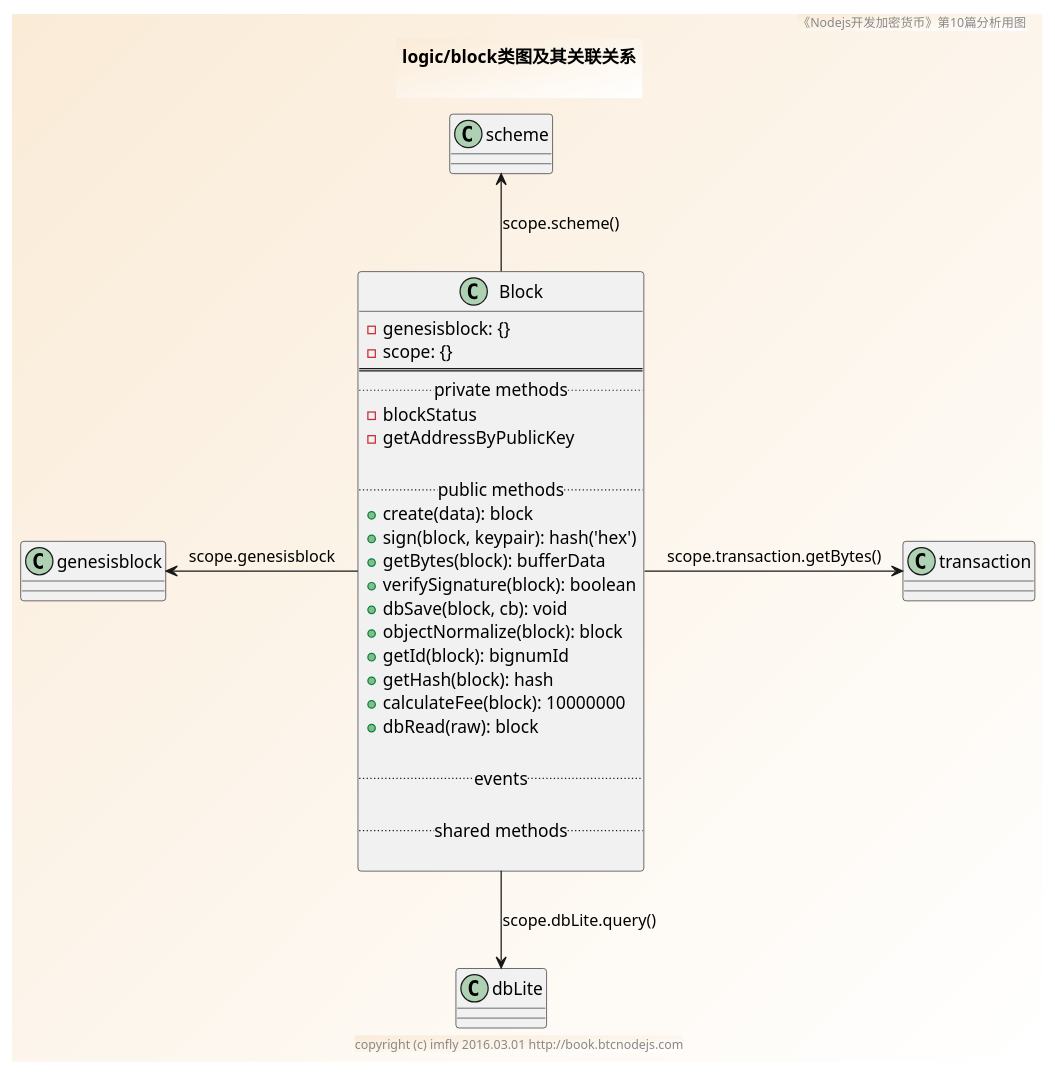
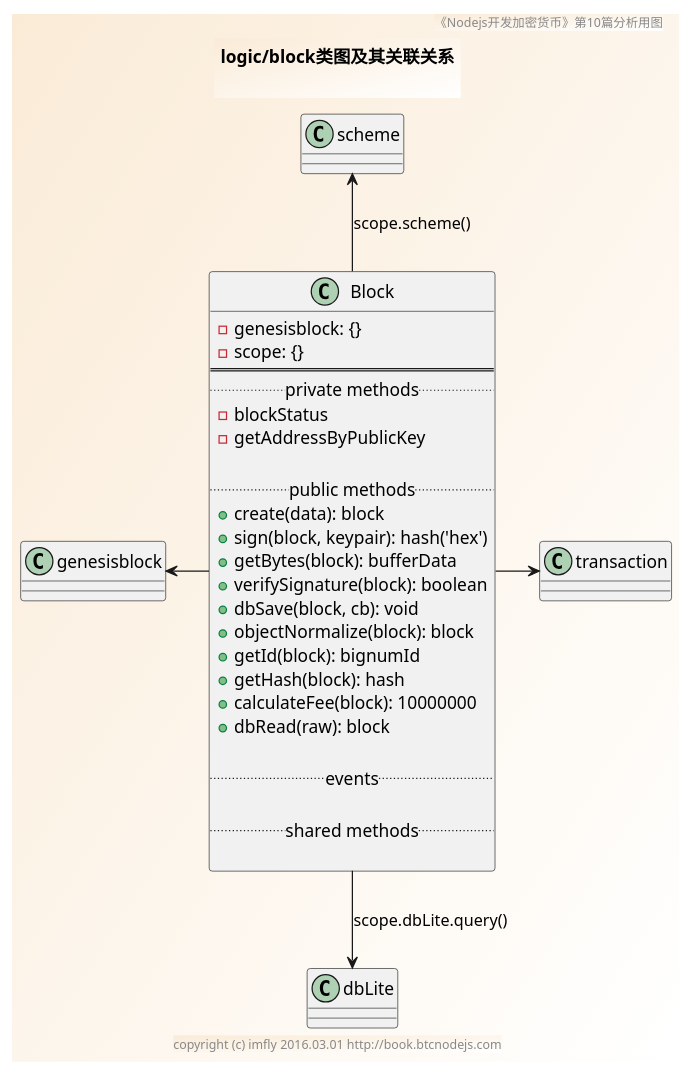
One commit to brightmanforever022/bitcoin-on-nodejs changed the diagram in sources/logic/block/class.pu. Above: the diagram before and after it, drawn with PlantUML. The commit also changed 5 other files, not shown here.

Commit message:
写blocks的类图

```diff
--- a/sources/logic/block/class.pu
+++ b/sources/logic/block/class.pu
@@ -1,44 +1,44 @@
 @startuml ../../../styles/images/logic/block/class.png
 skinparam BorderColor #blue\9932CC
 skinparam backgroundcolor AntiqueWhite/white
 
 title
 logic/block类图及其关联关系
 
 end title
 footer copyright (c) imfly 2016.03.01 http://book.btcnodejs.com
 header 《Nodejs开发加密货币》第10篇分析用图
 
 ' logic/block.js
 Class Block {
   - genesisblock: {}
   - scope: {}
   ====
   .. private methods ..
   -blockStatus
   -getAddressByPublicKey
 
   .. public methods ..
   +create(data): block
   +sign(block, keypair): hash('hex')
   +getBytes(block): bufferData
   +verifySignature(block): boolean
   +dbSave(block, cb): void
   +objectNormalize(block): block
   +getId(block): bignumId
   +getHash(block): hash
   +calculateFee(block): 10000000
   +dbRead(raw): block
 
   .. events ..
 
   .. shared methods..
 
 }
 
 ' relationship
-Block -left-> genesisblock: scope.genesisblock
-Block -right-> transaction: scope.transaction.getBytes()
+Block -left-> genesisblock
+Block -right-> transaction
 Block -up-> scheme: scope.scheme()
 Block -down-> dbLite: scope.dbLite.query()
 @enduml
```
